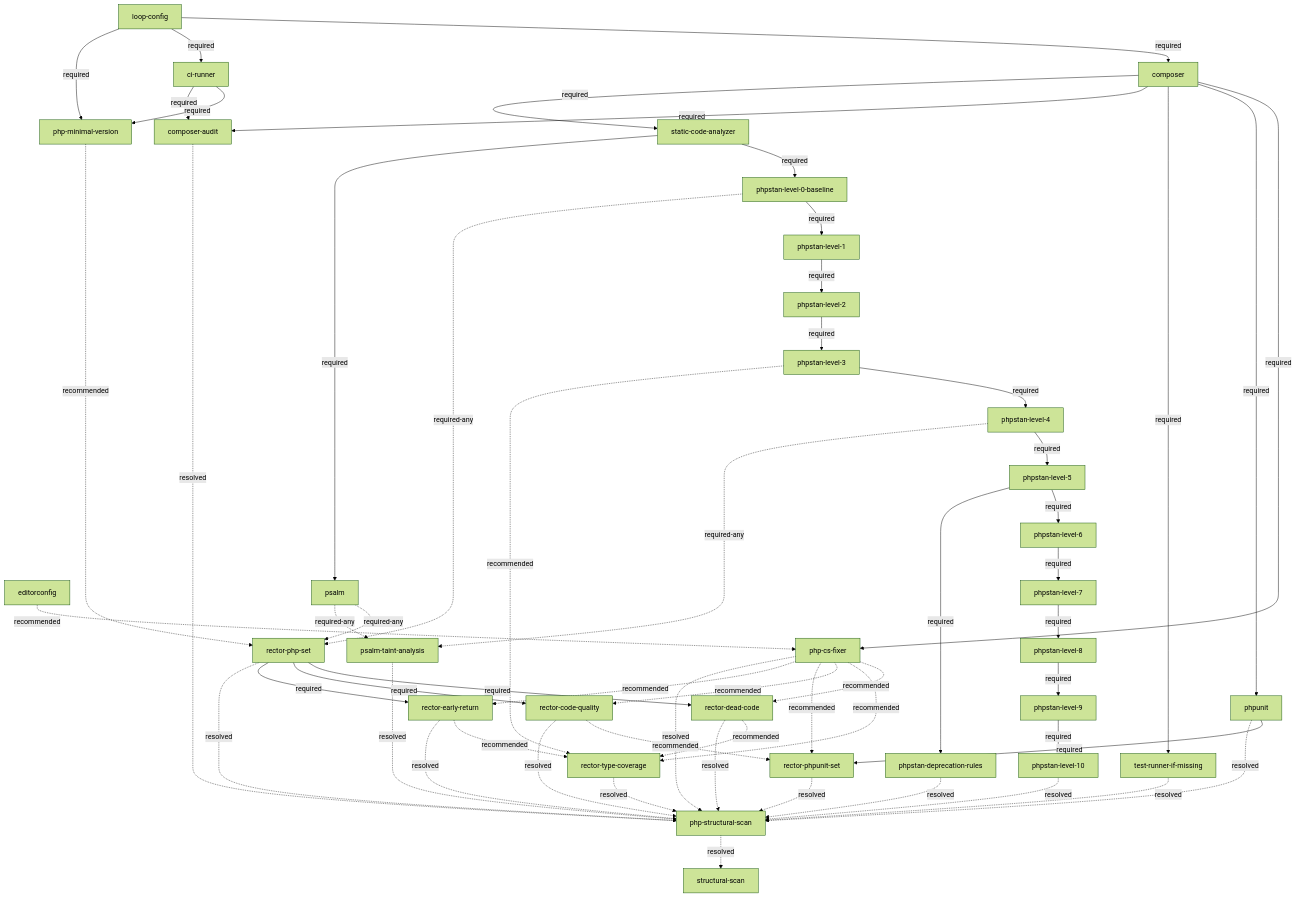
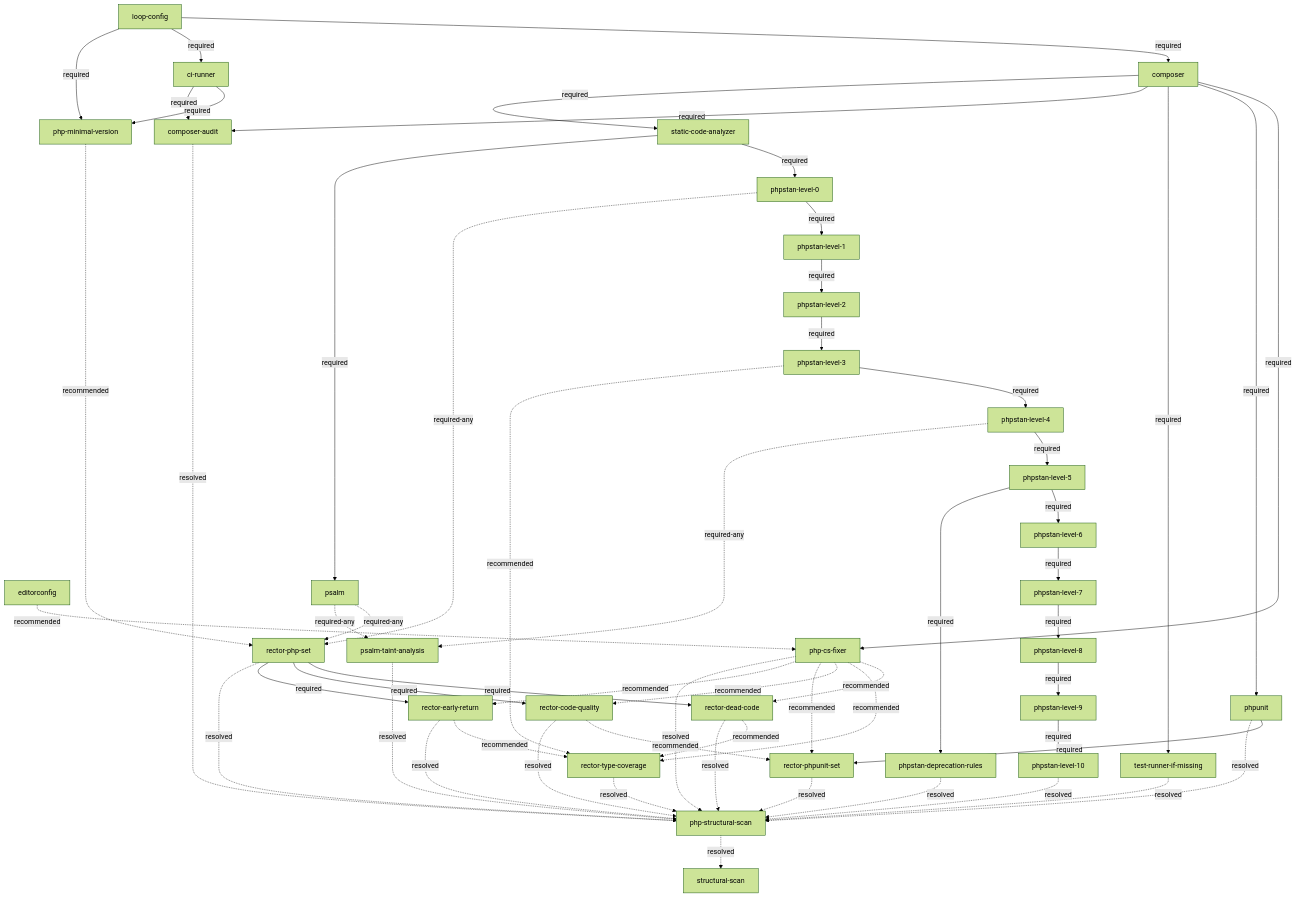
Before and after one commit to Art4/continuous-refactoring: the diagram in skills/refactor-scan/references/php-tooling-tree.md, drawn with Mermaid (forest theme). The commit also changed other lines of this file and 16 other files, not shown here.

First line of the commit message:
feat(tooling-tree): extract PHPStan family to reference file, rename phpstan-level-0-baseline (ticket 45)

```diff
--- a/skills/refactor-scan/references/php-tooling-tree.md
+++ b/skills/refactor-scan/references/php-tooling-tree.md
@@ -17,7 +17,7 @@
     tr[test-runner-if-missing]
     sca[static-code-analyzer]
     psalm[psalm]
-    p0[phpstan-level-0-baseline]
+    p0[phpstan-level-0]
     p1[phpstan-level-1]
     p2[phpstan-level-2]
     p3[phpstan-level-3]
```
